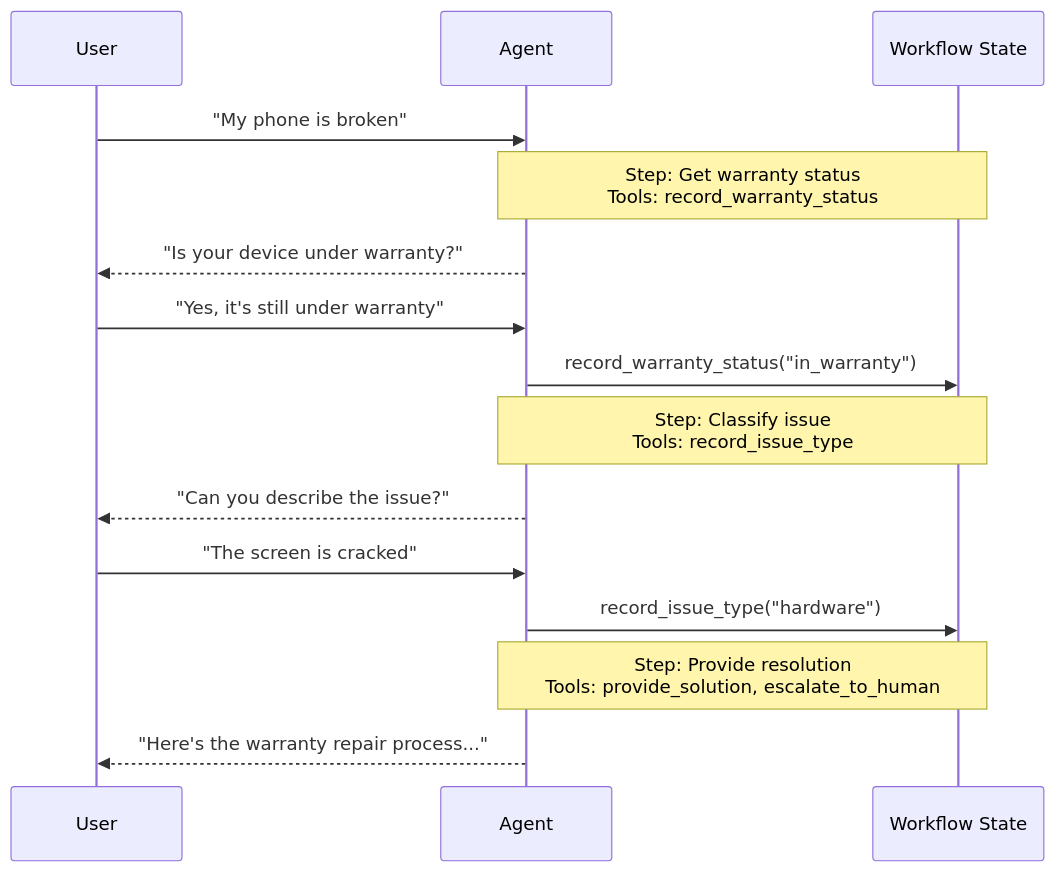
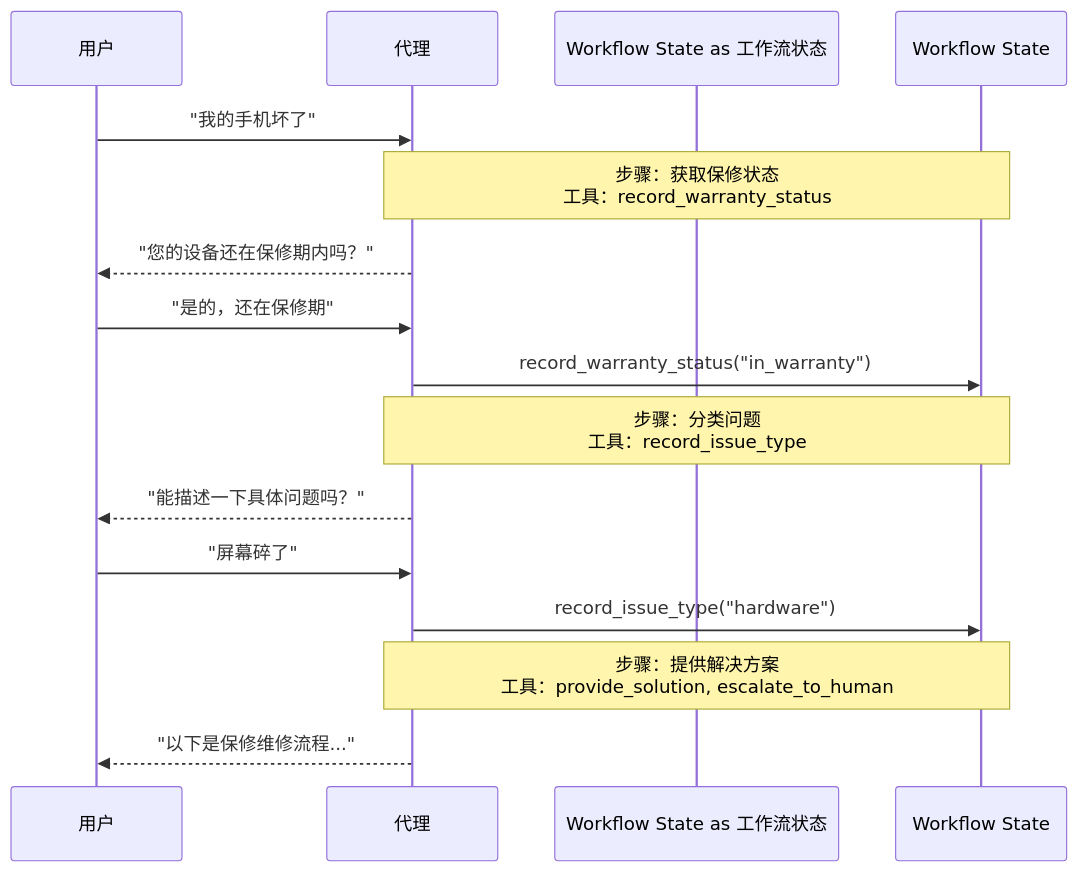
One commit to kunfan96/cndocs-langchain changed the diagram in oss/python/langchain/multi-agent/handoffs.mdx. Above: the diagram before and after it, drawn with Mermaid. The commit also changed other lines of this file and 1450 other files, not shown here.

````diff
--- a/oss/python/langchain/multi-agent/handoffs.mdx
+++ b/oss/python/langchain/multi-agent/handoffs.mdx
@@ -11,20 +11,20 @@
 ```mermaid
 sequenceDiagram
-    participant User
-    participant Agent
-    participant Workflow State
+    participant User as 用户
+    participant Agent as 代理
+    participant Workflow State as 工作流状态
 
-    User->>Agent: "My phone is broken"
-    Note over Agent,Workflow State: Step: Get warranty status<br/>Tools: record_warranty_status
-    Agent-->>User: "Is your device under warranty?"
+    User->>Agent: "我的手机坏了"
+    Note over Agent,Workflow State: 步骤：获取保修状态<br/>工具：record_warranty_status
+    Agent-->>User: "您的设备还在保修期内吗？"
 
-    User->>Agent: "Yes, it's still under warranty"
+    User->>Agent: "是的，还在保修期"
     Agent->>Workflow State: record_warranty_status("in_warranty")
-    Note over Agent,Workflow State: Step: Classify issue<br/>Tools: record_issue_type
-    Agent-->>User: "Can you describe the issue?"
+    Note over Agent,Workflow State: 步骤：分类问题<br/>工具：record_issue_type
+    Agent-->>User: "能描述一下具体问题吗？"
 
-    User->>Agent: "The screen is cracked"
+    User->>Agent: "屏幕碎了"
     Agent->>Workflow State: record_issue_type("hardware")
-    Note over Agent,Workflow State: Step: Provide resolution<br/>Tools: provide_solution, escalate_to_human
-    Agent-->>User: "Here's the warranty repair process..."
+    Note over Agent,Workflow State: 步骤：提供解决方案<br/>工具：provide_solution, escalate_to_human
+    Agent-->>User: "以下是保修维修流程..."
 ```
````
